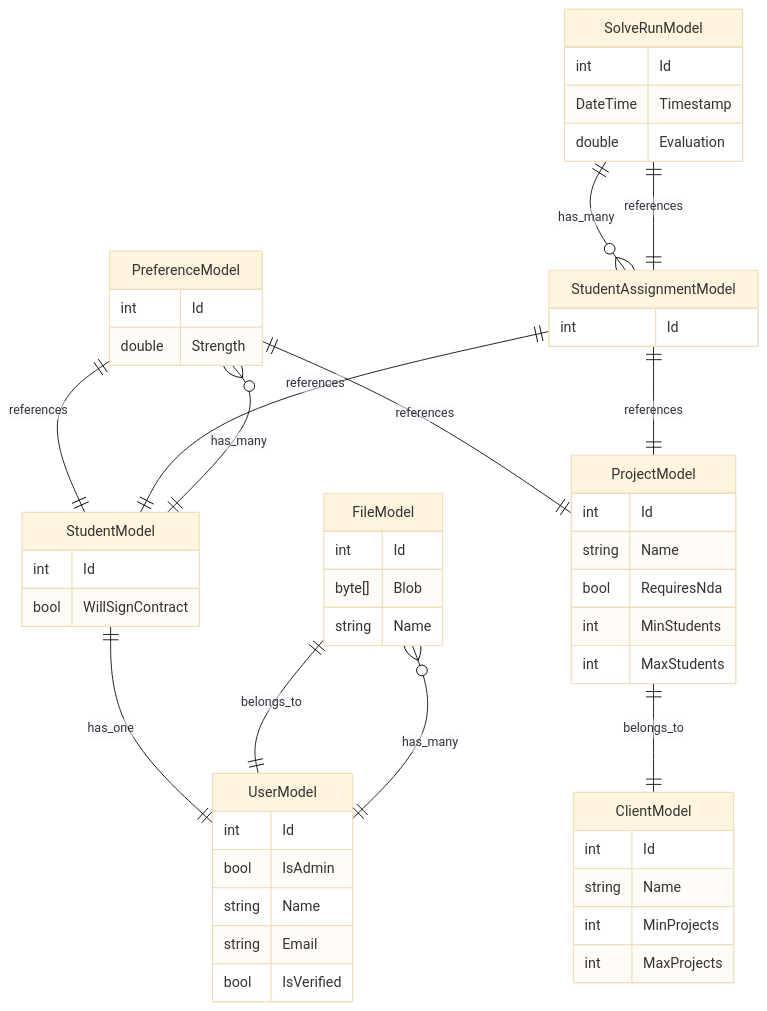
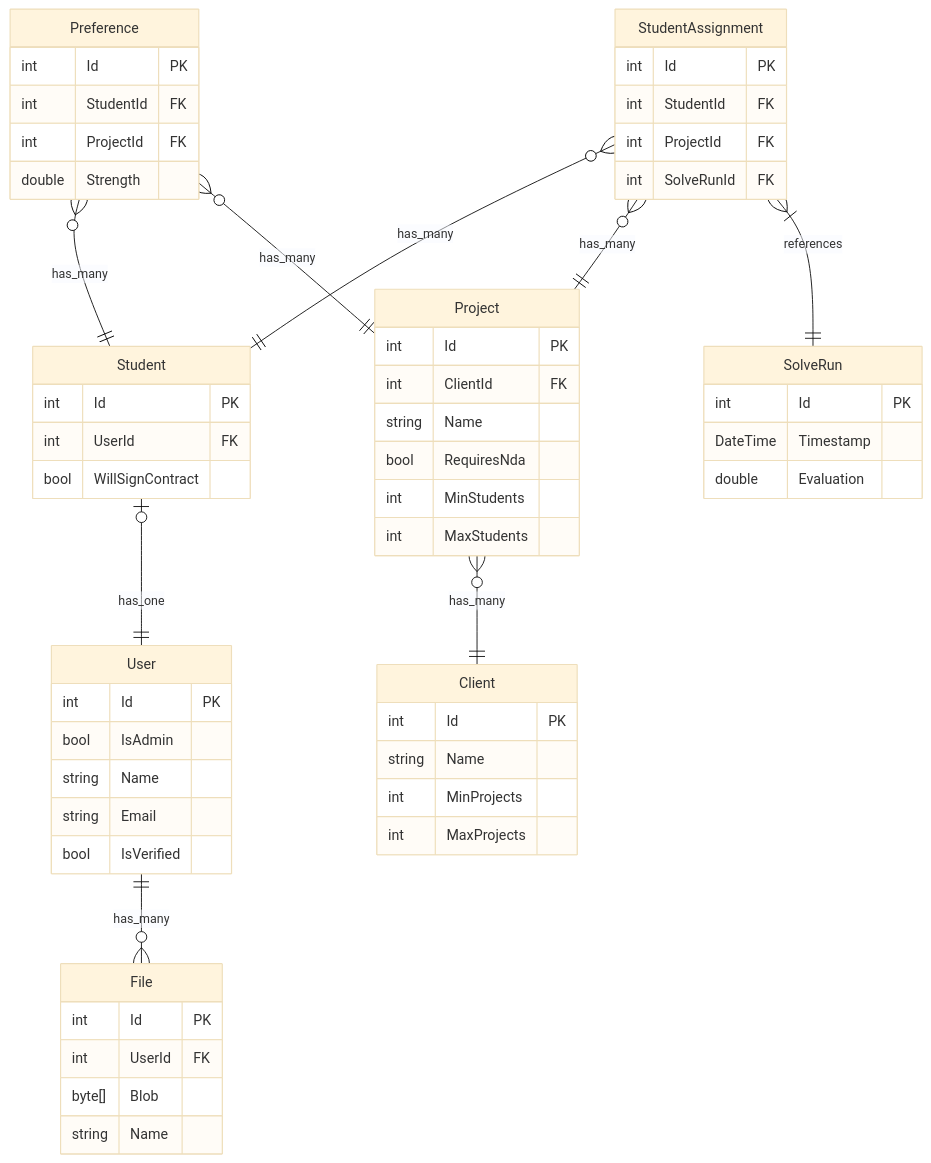
The diagram in README.md (OliverW10/group-allocator), drawn with Mermaid (base theme) before and after one commit. The commit also changed other lines of this file, not shown here.

Commit message:
docs: updated erd (#75)

````diff
--- a/README.md
+++ b/README.md
@@ -22,63 +22,68 @@
 ```mermaid
 erDiagram
-    ClientModel {
-        int Id
+    Client {
+        int Id PK
         string Name
         int MinProjects
         int MaxProjects
     }
 
-    FileModel {
-        int Id
+    File {
+        int Id PK
+        int UserId FK
         byte[] Blob
         string Name
     }
 
-    PreferenceModel {
-        int Id
+    Preference {
+        int Id PK
+        int StudentId FK
+        int ProjectId FK
         double Strength
     }
     
-    ProjectModel {
-        int Id
+    Project {
+        int Id PK
+        int ClientId FK
         string Name
         bool RequiresNda
         int MinStudents
         int MaxStudents
     }
 
-    SolveRunModel {
-        int Id
+    SolveRun {
+        int Id PK
         DateTime Timestamp
         double Evaluation
     }
 
-    StudentAssignmentModel {
-        int Id
+    StudentAssignment {
+        int Id PK
+        int StudentId FK
+        int ProjectId FK
+        int SolveRunId FK
     }
 
-    StudentModel {
-        int Id
+    Student {
+        int Id PK
+        int UserId FK
         bool WillSignContract
     }
 
-    UserModel {
-        int Id
+    User {
+        int Id PK
         bool IsAdmin
         string Name
         string Email
         bool IsVerified
     }
 
-    ProjectModel ||--|| ClientModel : belongs_to
-    PreferenceModel ||--|| StudentModel : references
-    PreferenceModel ||--|| ProjectModel : references
-    StudentAssignmentModel ||--|| StudentModel : references
-    StudentAssignmentModel ||--|| ProjectModel : references
-    StudentAssignmentModel ||--|| SolveRunModel : references
-    StudentModel ||--|| UserModel : has_one
-    FileModel ||--|| UserModel : belongs_to
-    SolveRunModel ||--o{ StudentAssignmentModel : has_many
-    StudentModel ||--o{ PreferenceModel : has_many
-    UserModel ||--o{ FileModel : has_many
+    Project }o--|| Client : has_many
+    Preference }o--|| Student : has_many
+    Preference }o--|| Project : has_many
+    StudentAssignment }o--|| Student : has_many
+    StudentAssignment }o--|| Project : has_many
+    StudentAssignment }|--|| SolveRun : references
+    Student |o--|| User : has_one
+    User ||--o{ File : has_many
 ```
````
